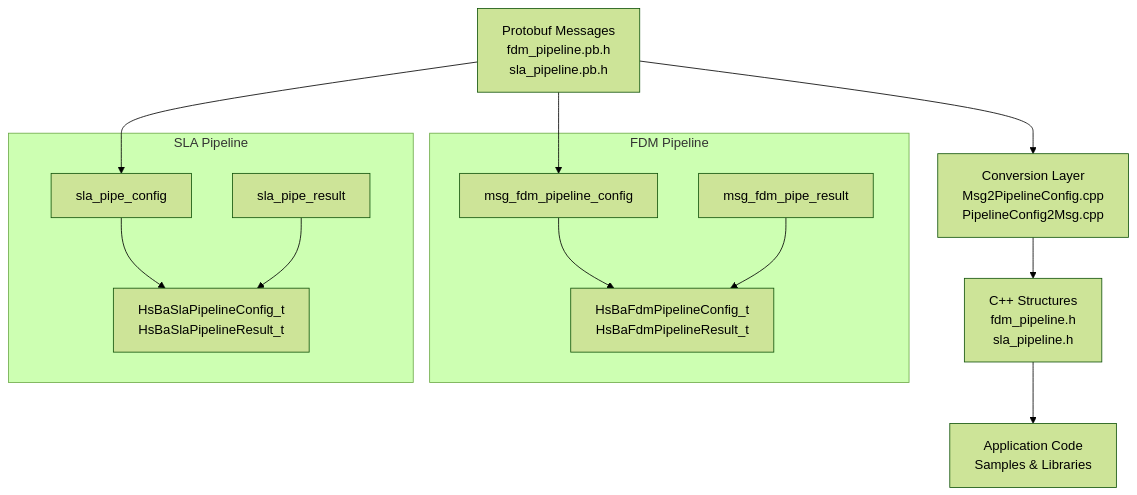
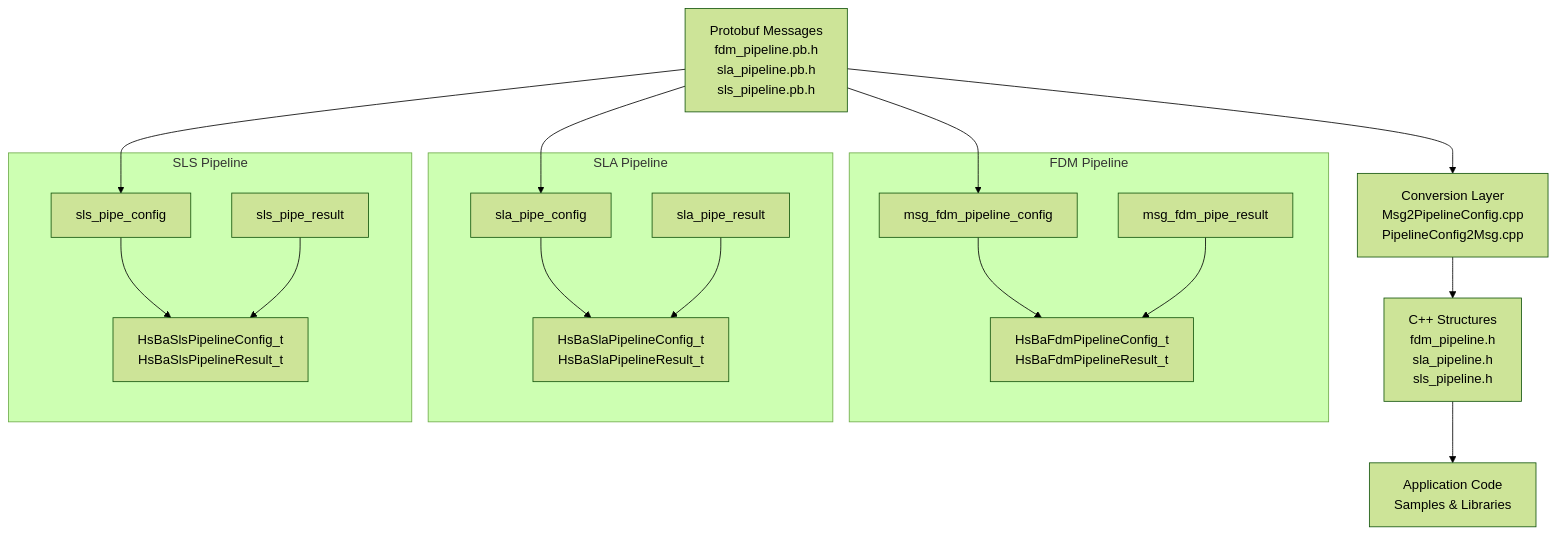
Before and after one commit to hsmbanlance/HsBaSlicer: the second of 4 diagrams in .qoder/repowiki/en/content/Configuration System/Protobuf Configuration Schema.md, drawn with Mermaid (forest theme). The commit also changed other lines of this file and 19 other files, not shown here.

````diff
--- a/.qoder/repowiki/en/content/Configuration System/Protobuf Configuration Schema.md
+++ b/.qoder/repowiki/en/content/Configuration System/Protobuf Configuration Schema.md
@@ -312,22 +375,30 @@
 ```mermaid
 flowchart TD
-ProtoMessages["Protobuf Messages<br/>fdm_pipeline.pb.h<br/>sla_pipeline.pb.h"] --> ConversionLayer["Conversion Layer<br/>Msg2PipelineConfig.cpp<br/>PipelineConfig2Msg.cpp"]
-ConversionLayer --> CppStructures["C++ Structures<br/>fdm_pipeline.h<br/>sla_pipeline.h"]
+ProtoMessages["Protobuf Messages<br/>fdm_pipeline.pb.h<br/>sla_pipeline.pb.h<br/>sls_pipeline.pb.h"] --> ConversionLayer["Conversion Layer<br/>Msg2PipelineConfig.cpp<br/>PipelineConfig2Msg.cpp"]
+ConversionLayer --> CppStructures["C++ Structures<br/>fdm_pipeline.h<br/>sla_pipeline.h<br/>sls_pipeline.h"]
 CppStructures --> Application["Application Code<br/>Samples & Libraries"]
 subgraph "FDM Pipeline"
 FDMProto["msg_fdm_pipeline_config"]
 FDMResult["msg_fdm_pipe_result"]
 FDMCpp["HsBaFdmPipelineConfig_t<br/>HsBaFdmPipelineResult_t"]
 end
 subgraph "SLA Pipeline"
 SLAProto["sla_pipe_config"]
 SLAResult["sla_pipe_result"]
 SLACpp["HsBaSlaPipelineConfig_t<br/>HsBaSlaPipelineResult_t"]
 end
+subgraph "SLS Pipeline"
+SLSProto["sls_pipe_config"]
+SLSResult["sls_pipe_result"]
+SLSCpp["HsBaSlsPipelineConfig_t<br/>HsBaSlsPipelineResult_t"]
+end
 ProtoMessages --> FDMProto
 ProtoMessages --> SLAProto
+ProtoMessages --> SLSProto
 FDMProto --> FDMCpp
 SLAProto --> SLACpp
+SLSProto --> SLSCpp
 FDMResult --> FDMCpp
 SLAResult --> SLACpp
+SLSResult --> SLSCpp
 ```
````
